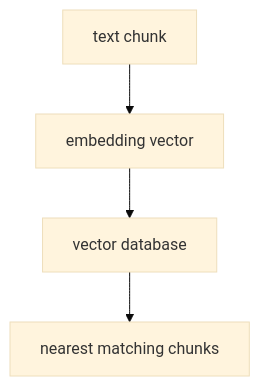
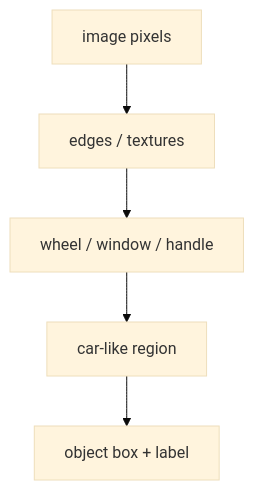
Before and after one commit to devchan64/AiBook: the diagram in docs/parts/part-05/chapter-11/section-01.md, drawn with Mermaid (base theme). The commit also changed other lines of this file and 213 other files, not shown here.

````diff
--- a/docs/parts/part-05/chapter-11/section-01.md
+++ b/docs/parts/part-05/chapter-11/section-01.md
@@ -134,11 +170,13 @@
 ```mermaid
 flowchart TD
-  A["text chunk"]
-  B["embedding vector"]
-  C["vector database"]
-  D["nearest matching chunks"]
+  A["image pixels"]
+  B["edges / textures"]
+  C["wheel / window / handle"]
+  D["car-like region"]
+  E["object box + label"]
 
   A --> B
   B --> C
   C --> D
+  D --> E
 ```
````
